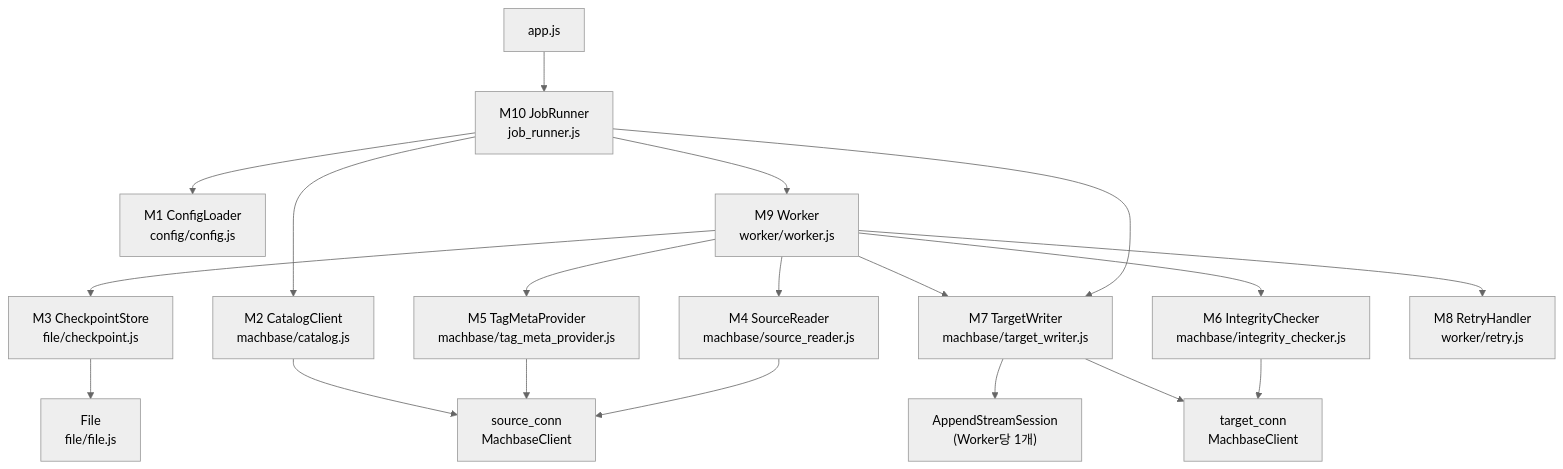
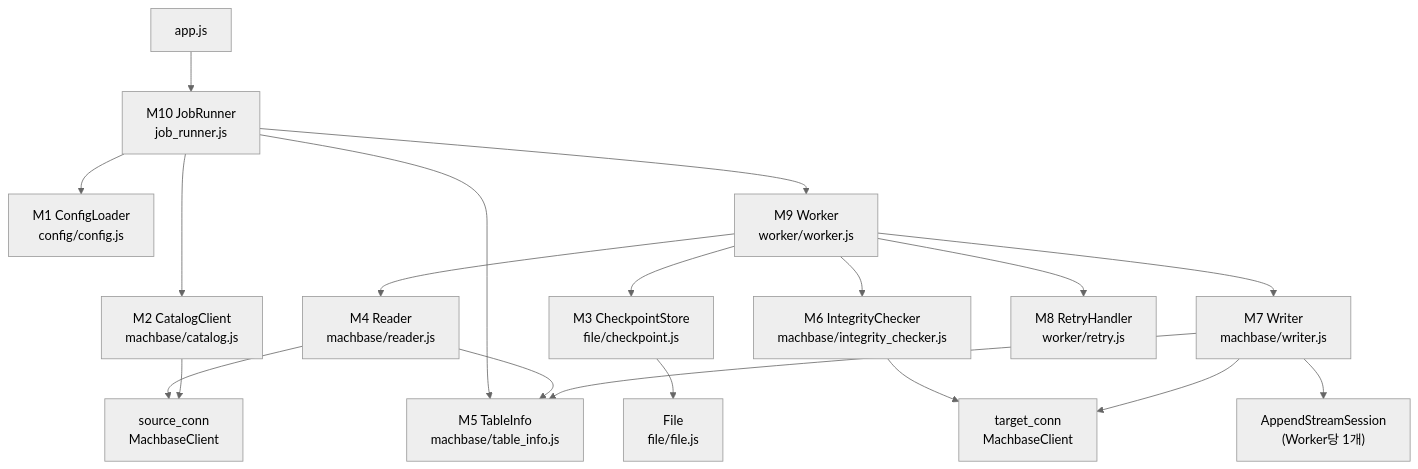
Before and after one commit to machbase/neo-pkg-replication: the first of 4 diagrams in PROJECT.md, drawn with Mermaid (neutral theme). The commit also changed other lines of this file and 24 other files, not shown here.

````diff
--- a/PROJECT.md
+++ b/PROJECT.md
@@ -782,26 +826,27 @@
 ```mermaid
 graph TD
     app["app.js"] --> JR["M10 JobRunner\njob_runner.js"]
 
     JR --> CL["M1 ConfigLoader\nconfig/config.js"]
     JR --> CC["M2 CatalogClient\nmachbase/catalog.js"]
-    JR --> TW["M7 TargetWriter\nmachbase/target_writer.js"]
+    JR --> TI["M5 TableInfo\nmachbase/table_info.js"]
     JR --> W["M9 Worker\nworker/worker.js"]
 
     W --> CP["M3 CheckpointStore\nfile/checkpoint.js"]
-    W --> SR["M4 SourceReader\nmachbase/source_reader.js"]
-    W --> TMP["M5 TagMetaProvider\nmachbase/tag_meta_provider.js"]
+    W --> R["M4 Reader\nmachbase/reader.js"]
     W --> IC["M6 IntegrityChecker\nmachbase/integrity_checker.js"]
-    W --> TW
+    W --> WR["M7 Writer\nmachbase/writer.js"]
     W --> RH["M8 RetryHandler\nworker/retry.js"]
+
+    R --> TI
+    WR --> TI
 
     CP --> F["File\nfile/file.js"]
 
-    SR --> src_conn["source_conn\nMachbaseClient"]
-    TMP --> src_conn
+    R --> src_conn["source_conn\nMachbaseClient"]
     CC --> src_conn
 
     IC --> tgt_conn["target_conn\nMachbaseClient"]
-    TW --> tgt_conn
-    TW --> stream["AppendStreamSession\n(Worker당 1개)"]
+    WR --> tgt_conn
+    WR --> stream["AppendStreamSession\n(Worker당 1개)"]
 ```
````
